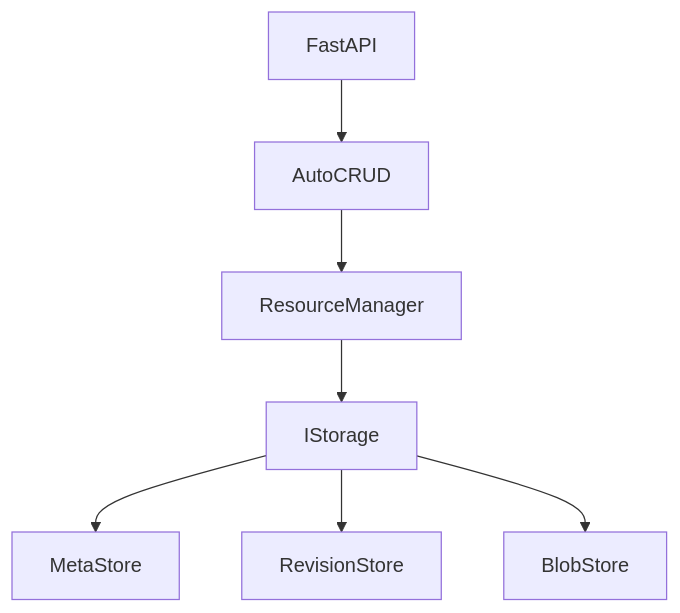
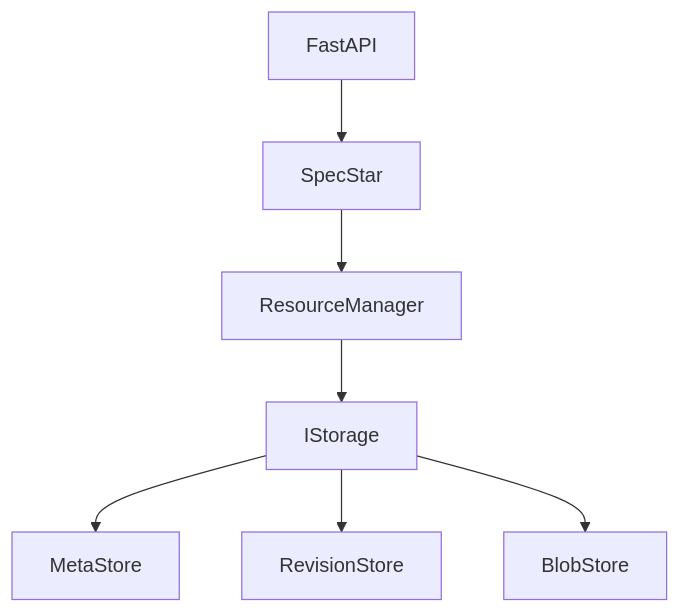
One commit to HYChou0515/autocrud changed the diagram in docs/en/concepts/architecture.md. Above: the diagram before and after it, drawn with Mermaid. The commit also changed other lines of this file and 1022 other files, not shown here.

````diff
--- a/docs/en/concepts/architecture.md
+++ b/docs/en/concepts/architecture.md
@@ -18,10 +18,10 @@
 ```mermaid
 graph TD
 
-FastAPI --> AutoCRUD
-AutoCRUD --> ResourceManager
+FastAPI --> SpecStar
+SpecStar --> ResourceManager
 ResourceManager --> IStorage
 IStorage --> MetaStore
 IStorage --> RevisionStore
 IStorage --> BlobStore
 ```
````
